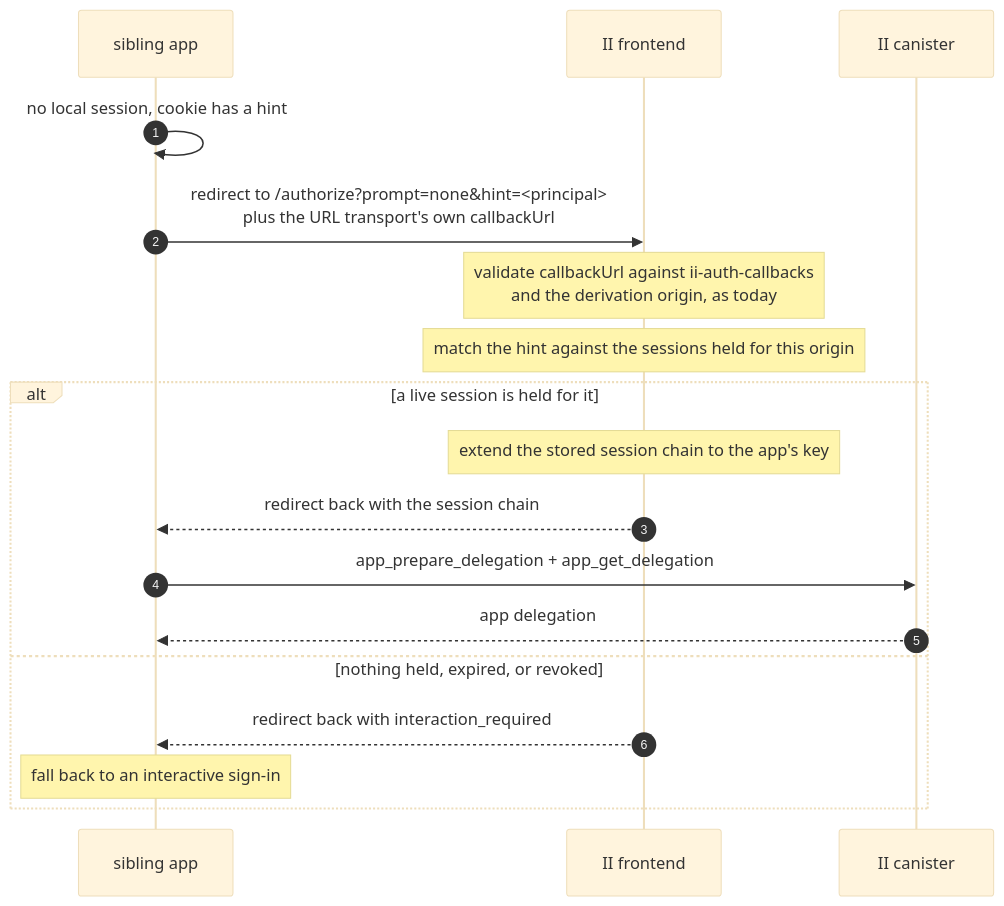
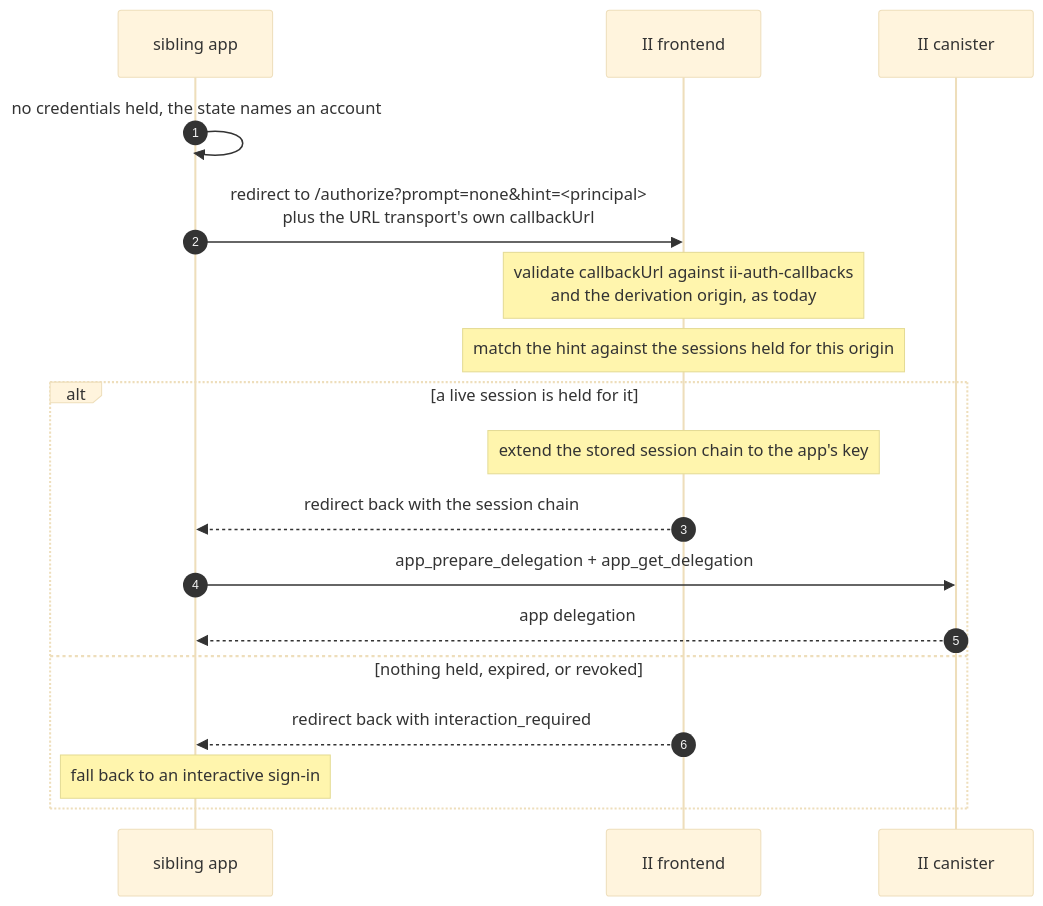
One commit to dfinity/internet-identity changed the diagram in docs/ongoing/silent-reauth-redirect-spec.md. Above: the diagram before and after it, drawn with Mermaid (base theme). The commit also changed other lines of this file, not shown here.

Commit message:
docs: the hint is the parameter, not what the client stores

````diff
--- a/docs/ongoing/silent-reauth-redirect-spec.md
+++ b/docs/ongoing/silent-reauth-redirect-spec.md
@@ -9,20 +9,20 @@
 ```mermaid
 sequenceDiagram
     autonumber
     participant App as sibling app
     participant IIF as II frontend
     participant IIC as II canister
-    App->>App: no local session, cookie has a hint
+    App->>App: no credentials held, the state names an account
     App->>IIF: redirect to /authorize?prompt=none&hint=<principal><br/>plus the URL transport's own callbackUrl
     Note over IIF: validate callbackUrl against ii-auth-callbacks<br/>and the derivation origin, as today
     Note over IIF: match the hint against the sessions held for this origin
     alt a live session is held for it
         Note over IIF: extend the stored session chain to the app's key
         IIF-->>App: redirect back with the session chain
         App->>IIC: app_prepare_delegation + app_get_delegation
         IIC-->>App: app delegation
     else nothing held, expired, or revoked
         IIF-->>App: redirect back with interaction_required
         Note over App: fall back to an interactive sign-in
     end
 ```
````
